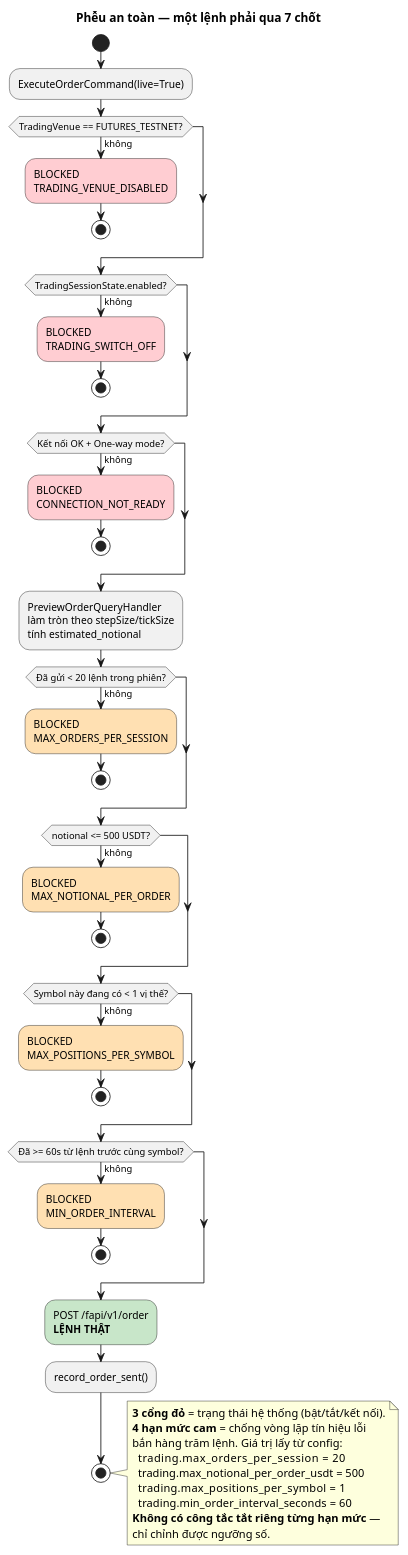
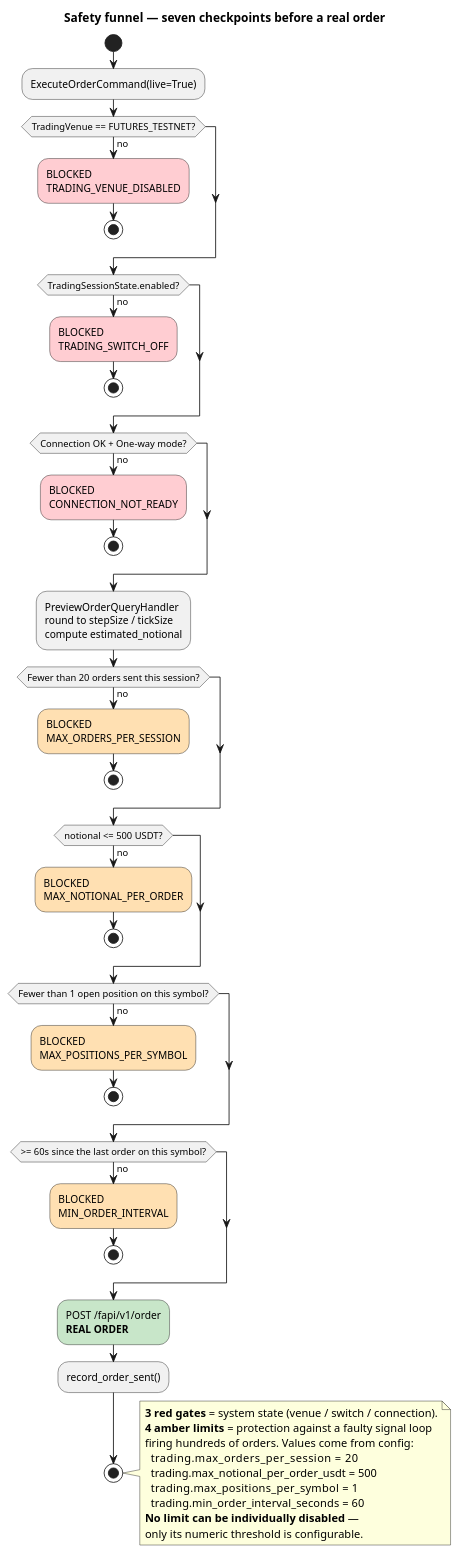
One commit to anhembedded/Sagittarius_Elite_Warrior changed the sixth of 10 diagrams in Tasks/epics/EPIC-021_ket_noi_binance_futures_testnet/KNOWLEDGE_TRANSFER_tu_0_den_hero.md. Above: the diagram before and after it, drawn with PlantUML. The commit also changed other lines of this file and 1 other file, not shown here.

First line of the commit message:
docs(EPIC-021): rewrite the testnet knowledge-transfer guide in English

````diff
--- a/Tasks/epics/EPIC-021_ket_noi_binance_futures_testnet/KNOWLEDGE_TRANSFER_tu_0_den_hero.md
+++ b/Tasks/epics/EPIC-021_ket_noi_binance_futures_testnet/KNOWLEDGE_TRANSFER_tu_0_den_hero.md
@@ -559,62 +555,62 @@
 ```plantuml
 @startuml KT06_safety_funnel
-title Phễu an toàn — một lệnh phải qua 7 chốt
+title Safety funnel — seven checkpoints before a real order
 
 start
 :ExecuteOrderCommand(live=True);
 
-if (TradingVenue == FUTURES_TESTNET?) then (không)
+if (TradingVenue == FUTURES_TESTNET?) then (no)
   #FFCDD2:BLOCKED\nTRADING_VENUE_DISABLED;
   stop
 endif
 
-if (TradingSessionState.enabled?) then (không)
+if (TradingSessionState.enabled?) then (no)
   #FFCDD2:BLOCKED\nTRADING_SWITCH_OFF;
   stop
 endif
 
-if (Kết nối OK + One-way mode?) then (không)
+if (Connection OK + One-way mode?) then (no)
   #FFCDD2:BLOCKED\nCONNECTION_NOT_READY;
   stop
 endif
 
-:PreviewOrderQueryHandler\nlàm tròn theo stepSize/tickSize\ntính estimated_notional;
+:PreviewOrderQueryHandler\nround to stepSize / tickSize\ncompute estimated_notional;
 
-if (Đã gửi < 20 lệnh trong phiên?) then (không)
+if (Fewer than 20 orders sent this session?) then (no)
   #FFE0B2:BLOCKED\nMAX_ORDERS_PER_SESSION;
   stop
 endif
 
-if (notional <= 500 USDT?) then (không)
+if (notional <= 500 USDT?) then (no)
   #FFE0B2:BLOCKED\nMAX_NOTIONAL_PER_ORDER;
   stop
 endif
 
-if (Symbol này đang có < 1 vị thế?) then (không)
+if (Fewer than 1 open position on this symbol?) then (no)
   #FFE0B2:BLOCKED\nMAX_POSITIONS_PER_SYMBOL;
   stop
 endif
 
-if (Đã >= 60s từ lệnh trước cùng symbol?) then (không)
+if (>= 60s since the last order on this symbol?) then (no)
   #FFE0B2:BLOCKED\nMIN_ORDER_INTERVAL;
   stop
 endif
 
-#C8E6C9:POST /fapi/v1/order\n**LỆNH THẬT**;
+#C8E6C9:POST /fapi/v1/order\n**REAL ORDER**;
 :record_order_sent();
 stop
 
 note right
-  **3 cổng đỏ** = trạng thái hệ thống (bật/tắt/kết nối).
-  **4 hạn mức cam** = chống vòng lặp tín hiệu lỗi
-  bắn hàng trăm lệnh. Giá trị lấy từ config:
+  **3 red gates** = system state (venue / switch / connection).
+  **4 amber limits** = protection against a faulty signal loop
+  firing hundreds of orders. Values come from config:
     trading.max_orders_per_session      = 20
     trading.max_notional_per_order_usdt = 500
     trading.max_positions_per_symbol    = 1
     trading.min_order_interval_seconds  = 60
-  **Không có công tắc tắt riêng từng hạn mức** —
-  chỉ chỉnh được ngưỡng số.
+  **No limit can be individually disabled** —
+  only its numeric threshold is configurable.
 end note
 
 @enduml
 ```
````
